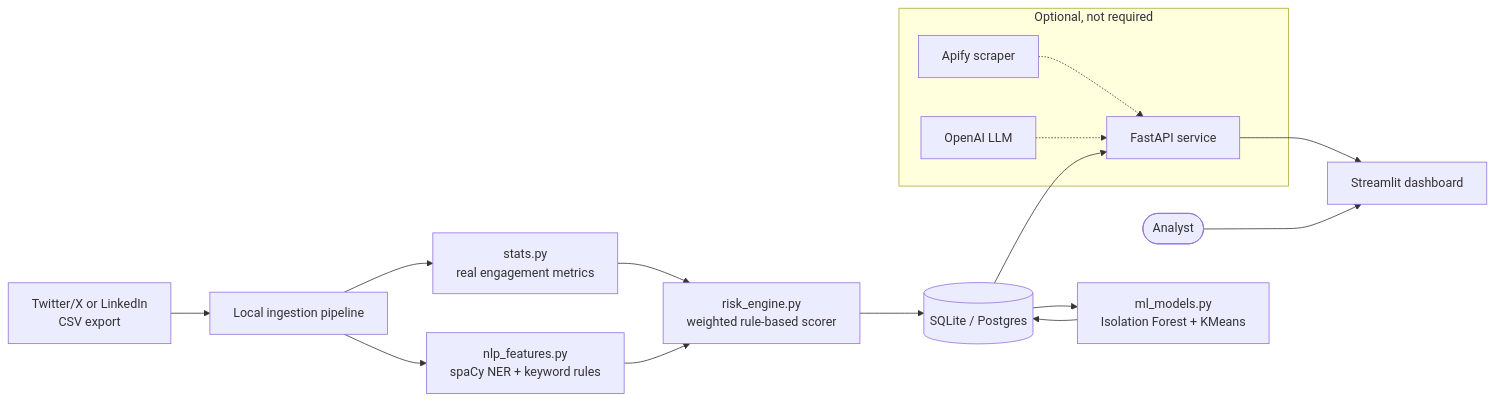
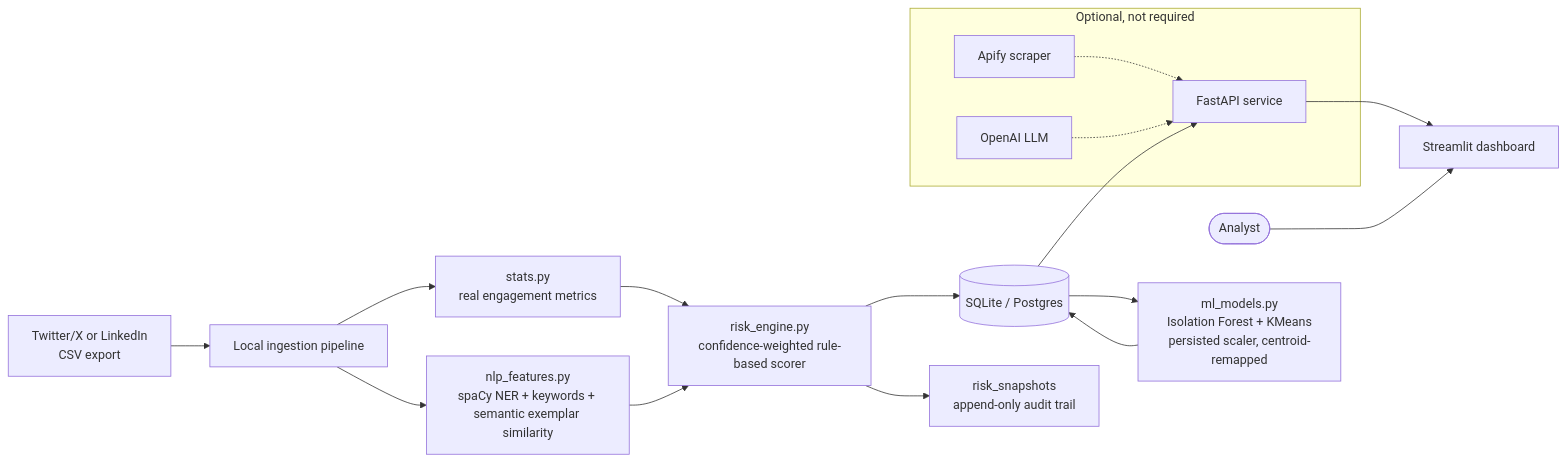
Before and after one commit to Agrawaladarsh524/social_media_threat_analytics: the diagram in README.md, drawn with Mermaid. The commit also changed other lines of this file and 18 other files, not shown here.

First line of the commit message:
Add semantic content analysis, model stability, and score audit trail

````diff
--- a/README.md
+++ b/README.md
@@ -68,19 +81,20 @@
 ```mermaid
 flowchart LR
     CSV[Twitter/X or LinkedIn\nCSV export] --> ING[Local ingestion pipeline]
     ING --> STATS[stats.py\nreal engagement metrics]
-    ING --> NER[nlp_features.py\nspaCy NER + keyword rules]
-    STATS --> ENGINE[risk_engine.py\nweighted rule-based scorer]
+    ING --> NER[nlp_features.py\nspaCy NER + keywords + semantic exemplar similarity]
+    STATS --> ENGINE[risk_engine.py\nconfidence-weighted rule-based scorer]
     NER --> ENGINE
     ENGINE --> DB[(SQLite / Postgres)]
-    DB --> ML[ml_models.py\nIsolation Forest + KMeans]
+    ENGINE --> SNAP[risk_snapshots\nappend-only audit trail]
+    DB --> ML[ml_models.py\nIsolation Forest + KMeans\npersisted scaler, centroid-remapped]
     ML --> DB
     DB --> API[FastAPI service]
     API --> ST[Streamlit dashboard]
     U([Analyst]) --> ST
 
     subgraph "Optional, not required"
       APIFY[Apify scraper] -.-> API
       OAI[OpenAI LLM] -.-> API
     end
 ```
````
